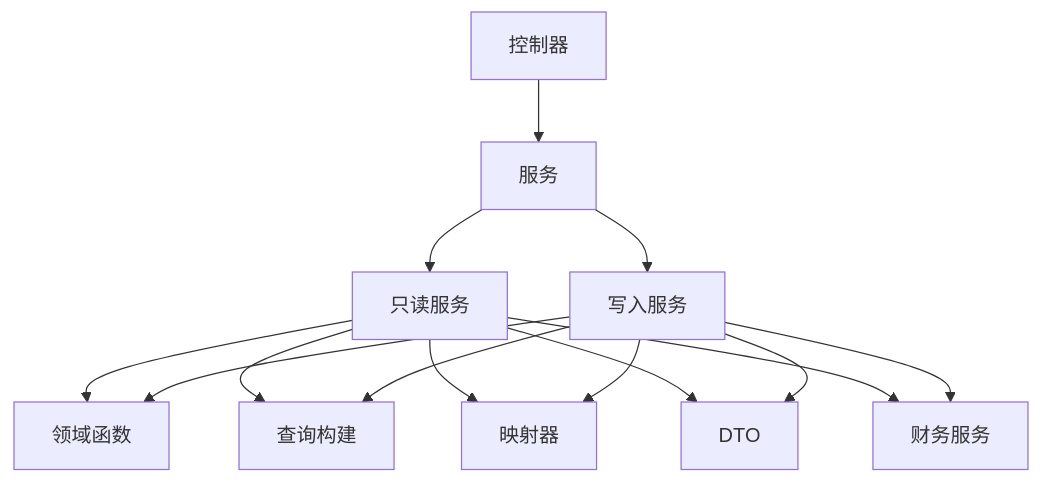
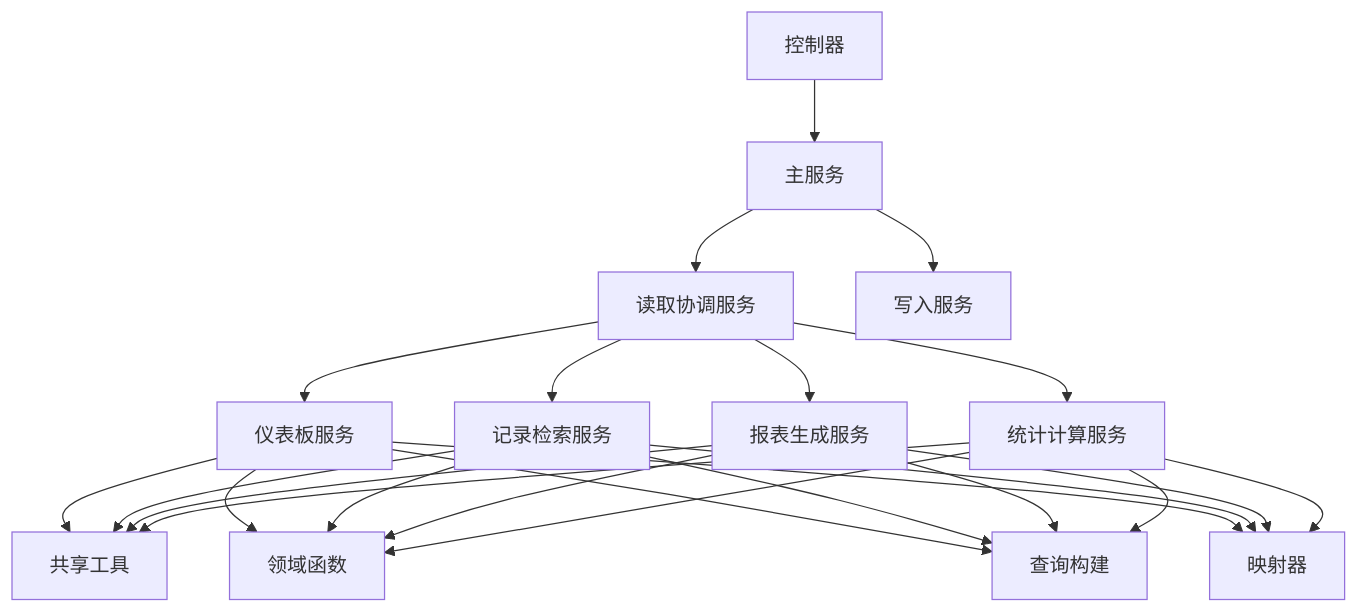
The ninth of 9 diagrams in .qoder/repowiki/zh/content/业务模块/运营管理模块/成本管理.md (rc558620/purelyprofit-server), drawn with Mermaid before and after one commit. The commit also changed other lines of this file and 45 other files, not shown here.

````diff
--- a/.qoder/repowiki/zh/content/业务模块/运营管理模块/成本管理.md
+++ b/.qoder/repowiki/zh/content/业务模块/运营管理模块/成本管理.md
@@ -456,16 +441,26 @@
 ```mermaid
 graph TB
-Ctrl["控制器"] --> Svc["服务"]
-Svc --> Read["只读服务"]
-Svc --> Write["写入服务"]
-Read --> Domain["领域函数"]
-Write --> Domain
-Read --> Query["查询构建"]
-Write --> Query
-Read --> Mapper["映射器"]
-Write --> Mapper
-Read --> DTO["DTO"]
-Write --> DTO
-Read --> Finance["财务服务"]
-Write --> Finance
+Ctrl["控制器"] --> MainSvc["主服务"]
+MainSvc --> ReadCoord["读取协调服务"]
+MainSvc --> WriteSvc["写入服务"]
+ReadCoord --> DashSvc["仪表板服务"]
+ReadCoord --> RecordsSvc["记录检索服务"]
+ReadCoord --> ReportSvc["报表生成服务"]
+ReadCoord --> StatsSvc["统计计算服务"]
+DashSvc --> Shared["共享工具"]
+RecordsSvc --> Shared
+ReportSvc --> Shared
+StatsSvc --> Shared
+DashSvc --> Domain["领域函数"]
+RecordsSvc --> Domain
+ReportSvc --> Domain
+StatsSvc --> Domain
+DashSvc --> Query["查询构建"]
+RecordsSvc --> Query
+ReportSvc --> Query
+StatsSvc --> Query
+DashSvc --> Mapper["映射器"]
+RecordsSvc --> Mapper
+ReportSvc --> Mapper
+StatsSvc --> Mapper
 ```
````
